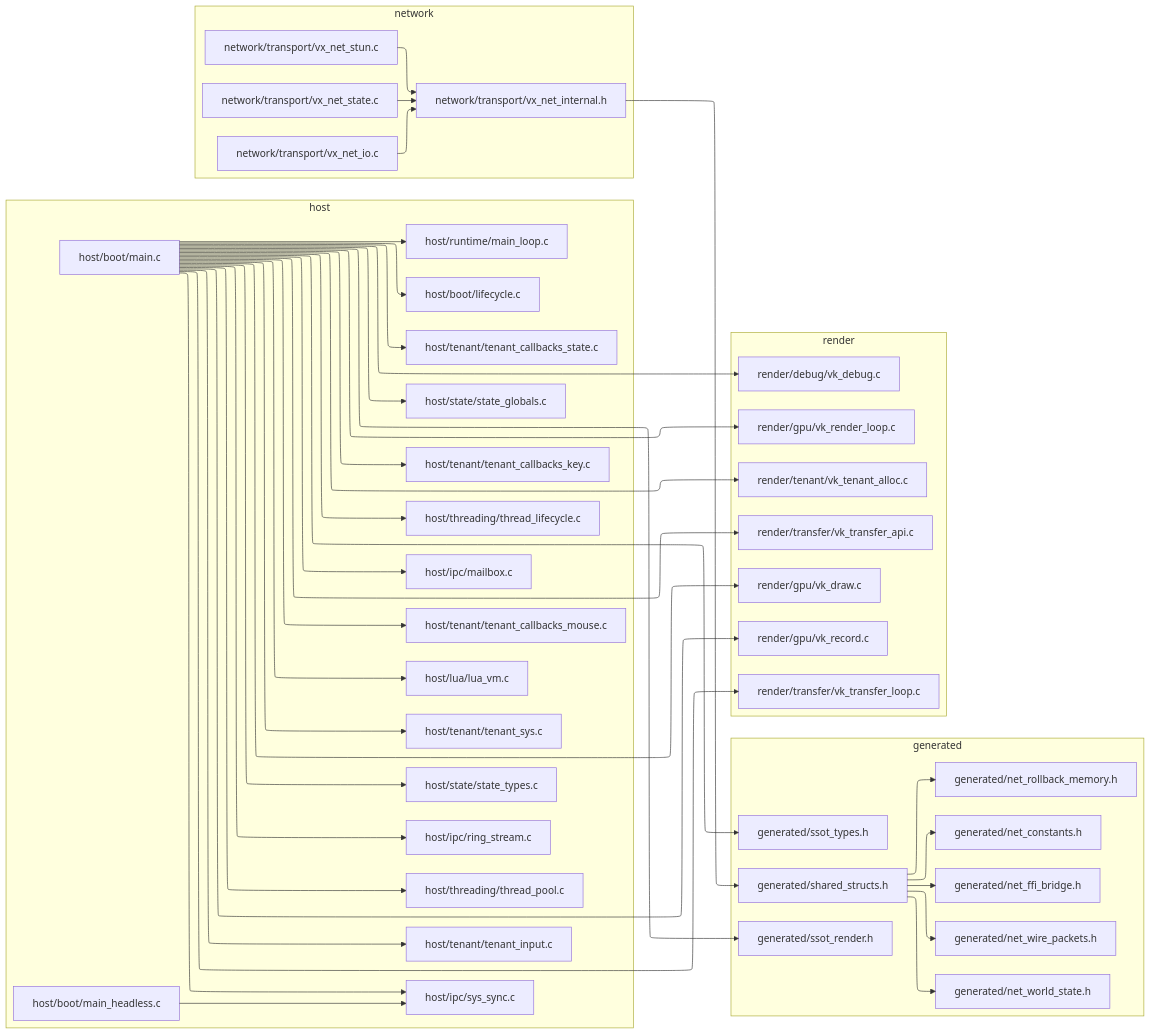
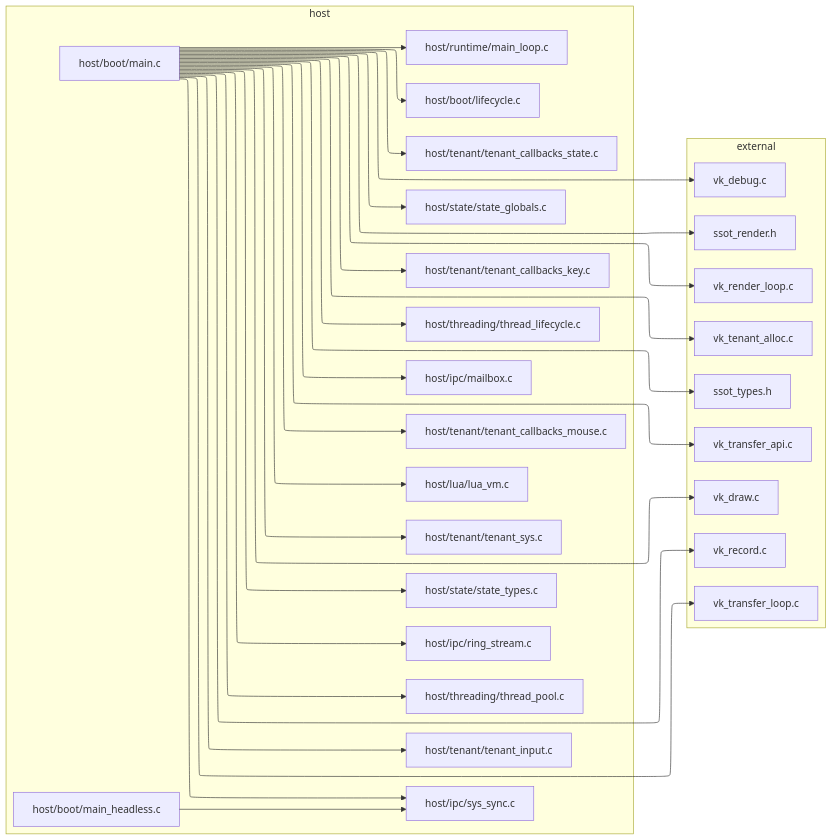
One commit to beyondbrokkoli/demo_engine changed the diagram in docs/deps_c.md. Above: the diagram before and after it, drawn with Mermaid. The commit also changed 3 other files, not shown here.

````diff
--- a/docs/deps_c.md
+++ b/docs/deps_c.md
@@ -2,15 +2,16 @@
 %%{init: {"flowchart": {"defaultRenderer": "elk"}}}%%
 flowchart LR
     %% WeaverEngine C Dependencies
-    subgraph generated
-        generated_net_constants_h["generated/net_constants.h"]
-        generated_net_ffi_bridge_h["generated/net_ffi_bridge.h"]
-        generated_net_rollback_memory_h["generated/net_rollback_memory.h"]
-        generated_net_wire_packets_h["generated/net_wire_packets.h"]
-        generated_net_world_state_h["generated/net_world_state.h"]
-        generated_shared_structs_h["generated/shared_structs.h"]
-        generated_ssot_render_h["generated/ssot_render.h"]
-        generated_ssot_types_h["generated/ssot_types.h"]
+    subgraph external
+        ssot_render_h["ssot_render.h"]
+        ssot_types_h["ssot_types.h"]
+        vk_debug_c["vk_debug.c"]
+        vk_draw_c["vk_draw.c"]
+        vk_record_c["vk_record.c"]
+        vk_render_loop_c["vk_render_loop.c"]
+        vk_tenant_alloc_c["vk_tenant_alloc.c"]
+        vk_transfer_api_c["vk_transfer_api.c"]
+        vk_transfer_loop_c["vk_transfer_loop.c"]
     end
     subgraph host
         host_boot_lifecycle_c["host/boot/lifecycle.c"]
@@ -31,28 +32,6 @@
         host_threading_thread_lifecycle_c["host/threading/thread_lifecycle.c"]
         host_threading_thread_pool_c["host/threading/thread_pool.c"]
     end
-    subgraph network
-        network_transport_vx_net_internal_h["network/transport/vx_net_internal.h"]
-        network_transport_vx_net_io_c["network/transport/vx_net_io.c"]
-        network_transport_vx_net_state_c["network/transport/vx_net_state.c"]
-        network_transport_vx_net_stun_c["network/transport/vx_net_stun.c"]
-    end
-    subgraph render
-        render_debug_vk_debug_c["render/debug/vk_debug.c"]
-        render_gpu_vk_draw_c["render/gpu/vk_draw.c"]
-        render_gpu_vk_record_c["render/gpu/vk_record.c"]
-        render_gpu_vk_render_loop_c["render/gpu/vk_render_loop.c"]
-        render_tenant_vk_tenant_alloc_c["render/tenant/vk_tenant_alloc.c"]
-        render_transfer_vk_transfer_api_c["render/transfer/vk_transfer_api.c"]
-        render_transfer_vk_transfer_loop_c["render/transfer/vk_transfer_loop.c"]
-    end
-    generated_shared_structs_h --> generated_net_constants_h
-    generated_shared_structs_h --> generated_net_ffi_bridge_h
-    generated_shared_structs_h --> generated_net_rollback_memory_h
-    generated_shared_structs_h --> generated_net_wire_packets_h
-    generated_shared_structs_h --> generated_net_world_state_h
-    host_boot_main_c --> generated_ssot_render_h
-    host_boot_main_c --> generated_ssot_types_h
     host_boot_main_c --> host_boot_lifecycle_c
     host_boot_main_c --> host_ipc_mailbox_c
     host_boot_main_c --> host_ipc_ring_stream_c
@@ -68,16 +47,14 @@
     host_boot_main_c --> host_tenant_tenant_sys_c
     host_boot_main_c --> host_threading_thread_lifecycle_c
     host_boot_main_c --> host_threading_thread_pool_c
-    host_boot_main_c --> render_debug_vk_debug_c
-    host_boot_main_c --> render_gpu_vk_draw_c
-    host_boot_main_c --> render_gpu_vk_record_c
-    host_boot_main_c --> render_gpu_vk_render_loop_c
-    host_boot_main_c --> render_tenant_vk_tenant_alloc_c
-    host_boot_main_c --> render_transfer_vk_transfer_api_c
-    host_boot_main_c --> render_transfer_vk_transfer_loop_c
+    host_boot_main_c --> ssot_render_h
+    host_boot_main_c --> ssot_types_h
+    host_boot_main_c --> vk_debug_c
+    host_boot_main_c --> vk_draw_c
+    host_boot_main_c --> vk_record_c
+    host_boot_main_c --> vk_render_loop_c
+    host_boot_main_c --> vk_tenant_alloc_c
+    host_boot_main_c --> vk_transfer_api_c
+    host_boot_main_c --> vk_transfer_loop_c
     host_boot_main_headless_c --> host_ipc_sys_sync_c
-    network_transport_vx_net_internal_h --> generated_shared_structs_h
-    network_transport_vx_net_io_c --> network_transport_vx_net_internal_h
-    network_transport_vx_net_state_c --> network_transport_vx_net_internal_h
-    network_transport_vx_net_stun_c --> network_transport_vx_net_internal_h
 ```
````
